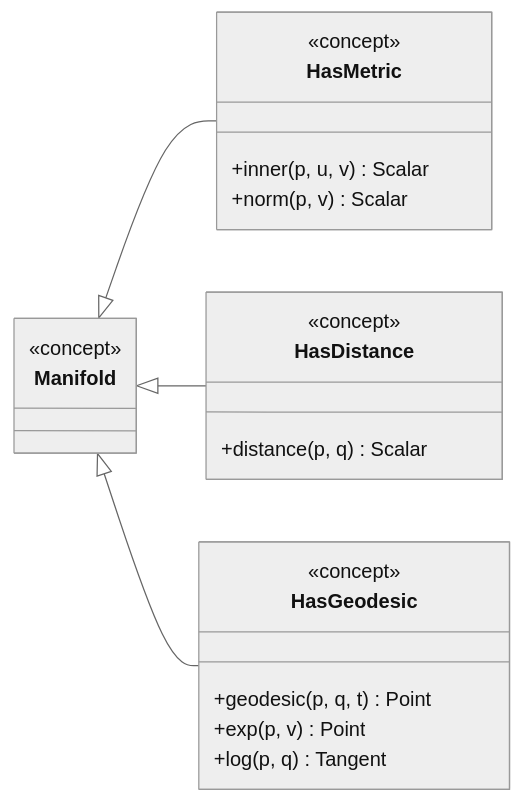
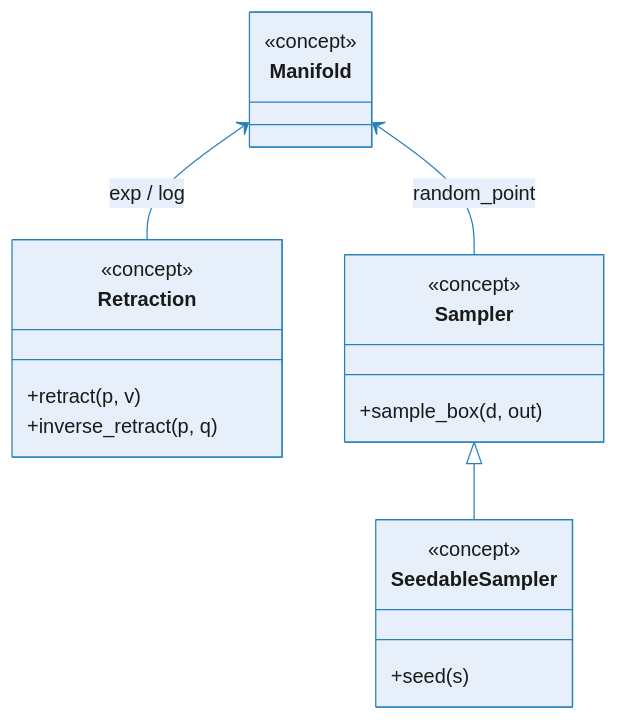
Before and after one commit to utiasSTARS/geodex: the second of 3 diagrams in docs/concepts/index.rst, drawn with Mermaid. The commit also changed other lines of this file and 4 other files, not shown here.

```diff
--- a/docs/concepts/index.rst
+++ b/docs/concepts/index.rst
@@ -111,31 +142,29 @@
 .. mermaid::
 
-   %%{init: {"theme": "neutral"}}%%
+   %%{init: {'theme':'base','themeVariables':{'primaryColor':'#e7f0fa','primaryTextColor':'#1a1a1a','primaryBorderColor':'#2980b9','lineColor':'#2980b9','secondaryColor':'#e7f0fa','tertiaryColor':'#f7fbfe','background':'transparent'}}}%%
    classDiagram
-       direction LR
+       direction TB
 
        class Manifold {
            <<concept>>
        }
 
-       class HasMetric {
+       class Retraction {
            <<concept>>
-           +inner(p, u, v) Scalar
-           +norm(p, v) Scalar
+           +retract(p, v)
+           +inverse_retract(p, q)
        }
 
-       class HasDistance {
+       class Sampler {
            <<concept>>
-           +distance(p, q) Scalar
+           +sample_box(d, out)
        }
 
-       class HasGeodesic {
+       class SeedableSampler {
            <<concept>>
-           +geodesic(p, q, t) Point
-           +exp(p, v) Point
-           +log(p, q) Tangent
+           +seed(s)
        }
 
-       Manifold <|-- HasMetric
-       Manifold <|-- HasDistance
-       Manifold <|-- HasGeodesic
+       Manifold <-- Retraction : exp / log
+       Manifold <-- Sampler : random_point
+       Sampler <|-- SeedableSampler
```
